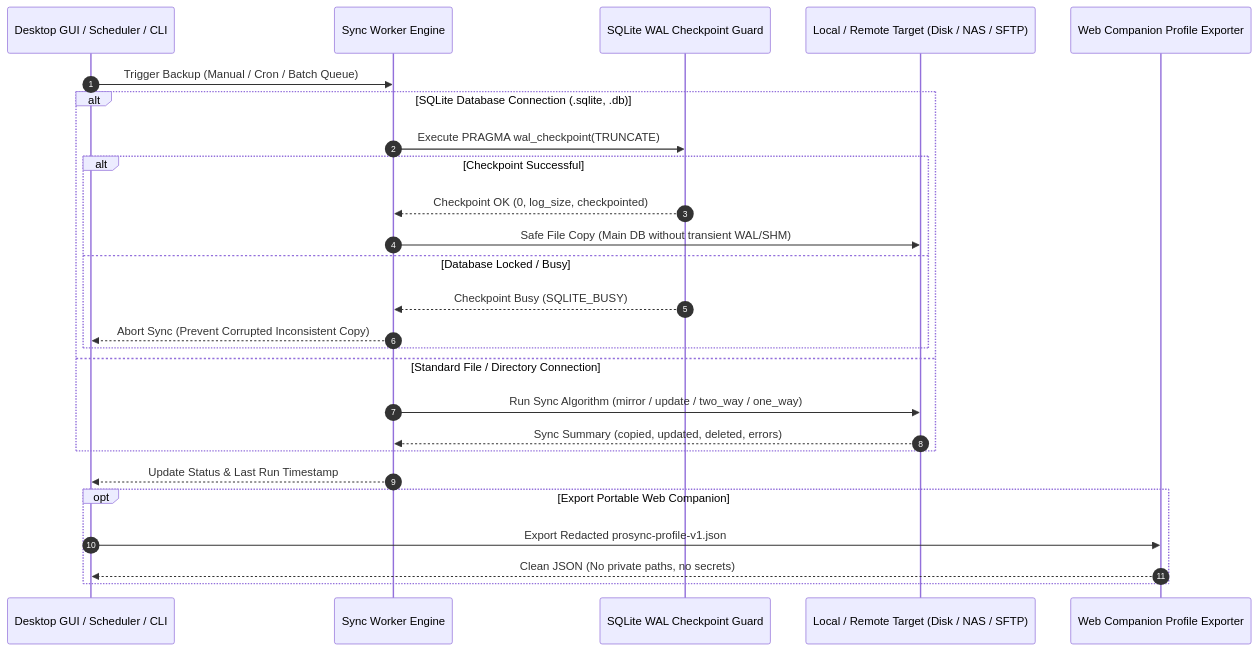
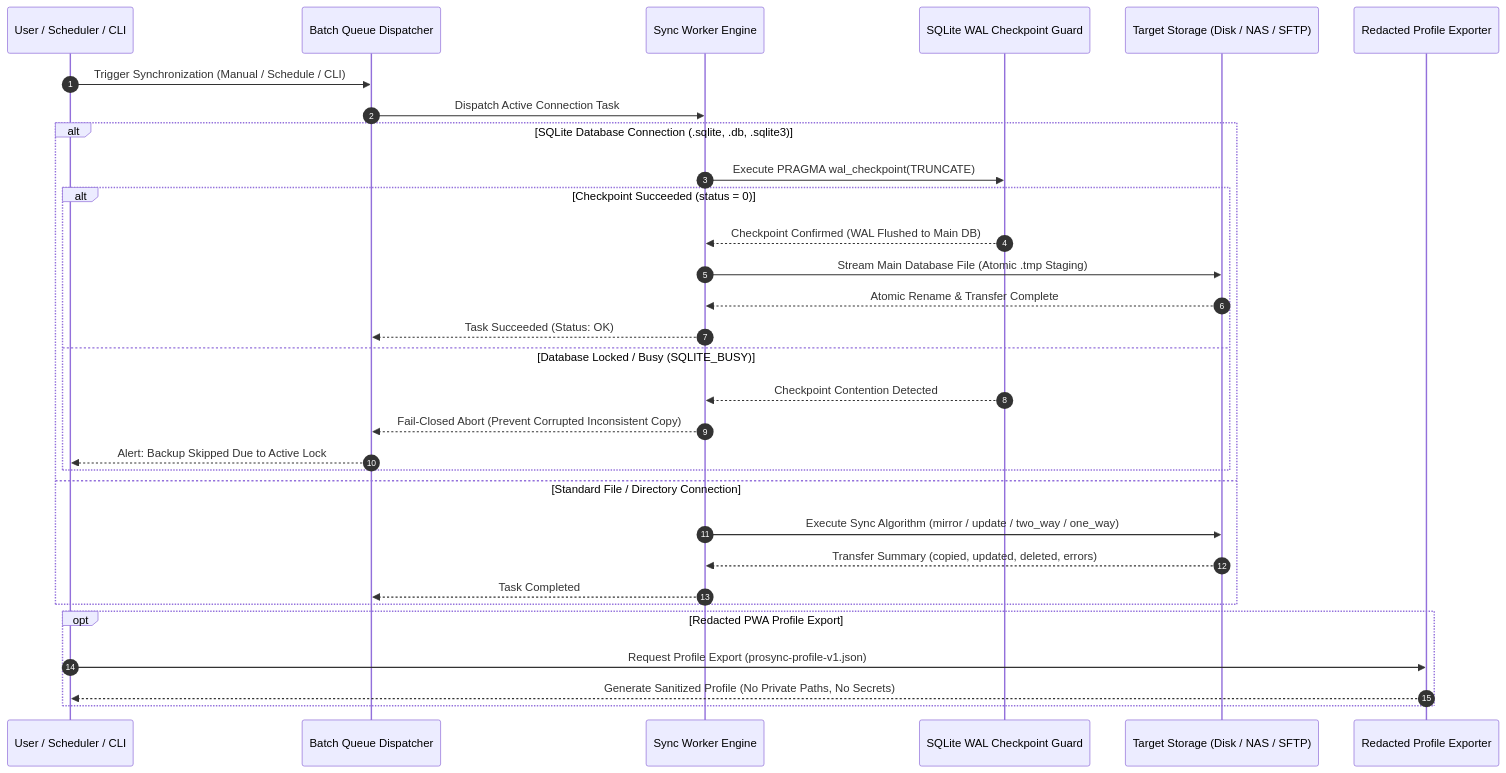
The second of 2 diagrams in README.md (file-bricks/ProSync), drawn with Mermaid before and after one commit. The commit also changed other lines of this file and 7 other files, not shown here.

Commit message:
chore(marketing): Pfad B discoverability, visual architecture, 18-point nav parity & metadata contract [G 2026-09-18]

````diff
--- a/README.md
+++ b/README.md
@@ -81,29 +257,34 @@
 ```mermaid
 sequenceDiagram
     autonumber
-    participant UI as Desktop GUI / Scheduler / CLI
-    participant Sync as Sync Worker Engine
-    participant DB as SQLite WAL Checkpoint Guard
-    participant FS as Local / Remote Target (Disk / NAS / SFTP)
-    participant Export as Web Companion Profile Exporter
-    
-    UI->>Sync: Trigger Backup (Manual / Cron / Batch Queue)
-    alt SQLite Database Connection (.sqlite, .db)
-        Sync->>DB: Execute PRAGMA wal_checkpoint(TRUNCATE)
-        alt Checkpoint Successful
-            DB-->>Sync: Checkpoint OK (0, log_size, checkpointed)
-            Sync->>FS: Safe File Copy (Main DB without transient WAL/SHM)
-        else Database Locked / Busy
-            DB-->>Sync: Checkpoint Busy (SQLITE_BUSY)
-            Sync-->>UI: Abort Sync (Prevent Corrupted Inconsistent Copy)
+    participant U as User / Scheduler / CLI
+    participant Q as Batch Queue Dispatcher
+    participant W as Sync Worker Engine
+    participant G as SQLite WAL Checkpoint Guard
+    participant D as Target Storage (Disk / NAS / SFTP)
+    participant E as Redacted Profile Exporter
+
+    U->>Q: Trigger Synchronization (Manual / Schedule / CLI)
+    Q->>W: Dispatch Active Connection Task
+    alt SQLite Database Connection (.sqlite, .db, .sqlite3)
+        W->>G: Execute PRAGMA wal_checkpoint(TRUNCATE)
+        alt Checkpoint Succeeded (status = 0)
+            G-->>W: Checkpoint Confirmed (WAL Flushed to Main DB)
+            W->>D: Stream Main Database File (Atomic .tmp Staging)
+            D-->>W: Atomic Rename & Transfer Complete
+            W-->>Q: Task Succeeded (Status: OK)
+        else Database Locked / Busy (SQLITE_BUSY)
+            G-->>W: Checkpoint Contention Detected
+            W-->>Q: Fail-Closed Abort (Prevent Corrupted Inconsistent Copy)
+            Q-->>U: Alert: Backup Skipped Due to Active Lock
         end
     else Standard File / Directory Connection
-        Sync->>FS: Run Sync Algorithm (mirror / update / two_way / one_way)
-        FS-->>Sync: Sync Summary (copied, updated, deleted, errors)
+        W->>D: Execute Sync Algorithm (mirror / update / two_way / one_way)
+        D-->>W: Transfer Summary (copied, updated, deleted, errors)
+        W-->>Q: Task Completed
     end
-    Sync-->>UI: Update Status & Last Run Timestamp
-    opt Export Portable Web Companion
-        UI->>Export: Export Redacted prosync-profile-v1.json
-        Export-->>UI: Clean JSON (No private paths, no secrets)
+    opt Redacted PWA Profile Export
+        U->>E: Request Profile Export (prosync-profile-v1.json)
+        E-->>U: Generate Sanitized Profile (No Private Paths, No Secrets)
     end
 ```
````
